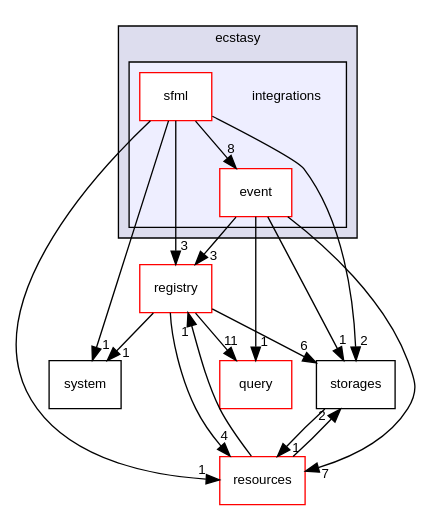
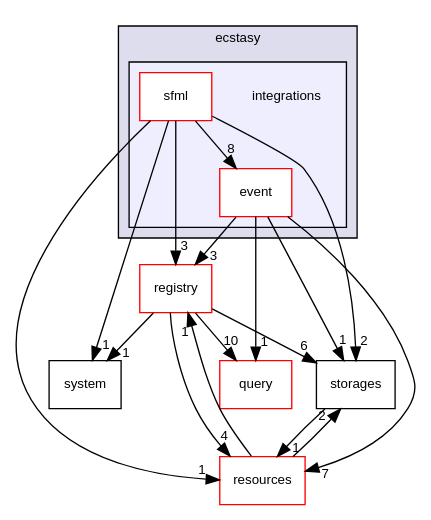
Before and after one commit to AndreasLrx/ecstasy: the diagram in dir_f15917d6366dfa96c32563b53409824a_dep.dot, drawn with Graphviz. The commit also changed 401 other files, not shown here.

```diff
--- a/dir_f15917d6366dfa96c32563b53409824a_dep.dot
+++ b/dir_f15917d6366dfa96c32563b53409824a_dep.dot
@@ -1,35 +1,35 @@
 digraph "src/ecstasy/integrations" {
   compound=true
   node [ fontsize="10", fontname="Helvetica"];
   edge [ labelfontsize="10", labelfontname="Helvetica"];
   subgraph clusterdir_6b0b9537e2784bce85aaa1605580a3a0 {
     graph [ bgcolor="#ddddee", pencolor="black", label="ecstasy" fontname="Helvetica", fontsize="10", URL="dir_6b0b9537e2784bce85aaa1605580a3a0.html"]
   subgraph clusterdir_f15917d6366dfa96c32563b53409824a {
     graph [ bgcolor="#eeeeff", pencolor="black", label="" URL="dir_f15917d6366dfa96c32563b53409824a.html"];
     dir_f15917d6366dfa96c32563b53409824a [shape=plaintext label="integrations"];
     dir_183c73d974247df0fabaedf6b9eb94ef [shape=box label="event" color="red" fillcolor="white" style="filled" URL="dir_183c73d974247df0fabaedf6b9eb94ef.html"];
     dir_51c06735119cb26e5f04dc30c3de2d57 [shape=box label="sfml" color="red" fillcolor="white" style="filled" URL="dir_51c06735119cb26e5f04dc30c3de2d57.html"];
   }
   }
   dir_bb1f71bfffde0d1688dd5f7686f27ec6 [shape=box label="system" URL="dir_bb1f71bfffde0d1688dd5f7686f27ec6.html"];
   dir_5392b01d02c3d4d0985a94f633790057 [shape=box label="query" fillcolor="white" style="filled" color="red" URL="dir_5392b01d02c3d4d0985a94f633790057.html"];
   dir_4a1419ba0e8125a1fc6aeccf1492e850 [shape=box label="storages" URL="dir_4a1419ba0e8125a1fc6aeccf1492e850.html"];
   dir_8c1a170fbd0a5283d7ed264cf6df56b3 [shape=box label="resources" fillcolor="white" style="filled" color="red" URL="dir_8c1a170fbd0a5283d7ed264cf6df56b3.html"];
   dir_27d9dd95bf0309eb27f3bb61fbabadeb [shape=box label="registry" fillcolor="white" style="filled" color="red" URL="dir_27d9dd95bf0309eb27f3bb61fbabadeb.html"];
   dir_4a1419ba0e8125a1fc6aeccf1492e850->dir_8c1a170fbd0a5283d7ed264cf6df56b3 [headlabel="1", labeldistance=1.5 headhref="dir_000019_000017.html"];
   dir_8c1a170fbd0a5283d7ed264cf6df56b3->dir_4a1419ba0e8125a1fc6aeccf1492e850 [headlabel="2", labeldistance=1.5 headhref="dir_000017_000019.html"];
   dir_8c1a170fbd0a5283d7ed264cf6df56b3->dir_27d9dd95bf0309eb27f3bb61fbabadeb [headlabel="1", labeldistance=1.5 headhref="dir_000017_000014.html"];
   dir_27d9dd95bf0309eb27f3bb61fbabadeb->dir_bb1f71bfffde0d1688dd5f7686f27ec6 [headlabel="1", labeldistance=1.5 headhref="dir_000014_000023.html"];
-  dir_27d9dd95bf0309eb27f3bb61fbabadeb->dir_5392b01d02c3d4d0985a94f633790057 [headlabel="11", labeldistance=1.5 headhref="dir_000014_000011.html"];
+  dir_27d9dd95bf0309eb27f3bb61fbabadeb->dir_5392b01d02c3d4d0985a94f633790057 [headlabel="10", labeldistance=1.5 headhref="dir_000014_000011.html"];
   dir_27d9dd95bf0309eb27f3bb61fbabadeb->dir_4a1419ba0e8125a1fc6aeccf1492e850 [headlabel="6", labeldistance=1.5 headhref="dir_000014_000019.html"];
   dir_27d9dd95bf0309eb27f3bb61fbabadeb->dir_8c1a170fbd0a5283d7ed264cf6df56b3 [headlabel="4", labeldistance=1.5 headhref="dir_000014_000017.html"];
   dir_183c73d974247df0fabaedf6b9eb94ef->dir_5392b01d02c3d4d0985a94f633790057 [headlabel="1", labeldistance=1.5 headhref="dir_000003_000011.html"];
   dir_183c73d974247df0fabaedf6b9eb94ef->dir_4a1419ba0e8125a1fc6aeccf1492e850 [headlabel="1", labeldistance=1.5 headhref="dir_000003_000019.html"];
   dir_183c73d974247df0fabaedf6b9eb94ef->dir_8c1a170fbd0a5283d7ed264cf6df56b3 [headlabel="7", labeldistance=1.5 headhref="dir_000003_000017.html"];
   dir_183c73d974247df0fabaedf6b9eb94ef->dir_27d9dd95bf0309eb27f3bb61fbabadeb [headlabel="3", labeldistance=1.5 headhref="dir_000003_000014.html"];
   dir_51c06735119cb26e5f04dc30c3de2d57->dir_bb1f71bfffde0d1688dd5f7686f27ec6 [headlabel="1", labeldistance=1.5 headhref="dir_000007_000023.html"];
   dir_51c06735119cb26e5f04dc30c3de2d57->dir_4a1419ba0e8125a1fc6aeccf1492e850 [headlabel="2", labeldistance=1.5 headhref="dir_000007_000019.html"];
   dir_51c06735119cb26e5f04dc30c3de2d57->dir_8c1a170fbd0a5283d7ed264cf6df56b3 [headlabel="1", labeldistance=1.5 headhref="dir_000007_000017.html"];
   dir_51c06735119cb26e5f04dc30c3de2d57->dir_27d9dd95bf0309eb27f3bb61fbabadeb [headlabel="3", labeldistance=1.5 headhref="dir_000007_000014.html"];
   dir_51c06735119cb26e5f04dc30c3de2d57->dir_183c73d974247df0fabaedf6b9eb94ef [headlabel="8", labeldistance=1.5 headhref="dir_000007_000003.html"];
 }
```
